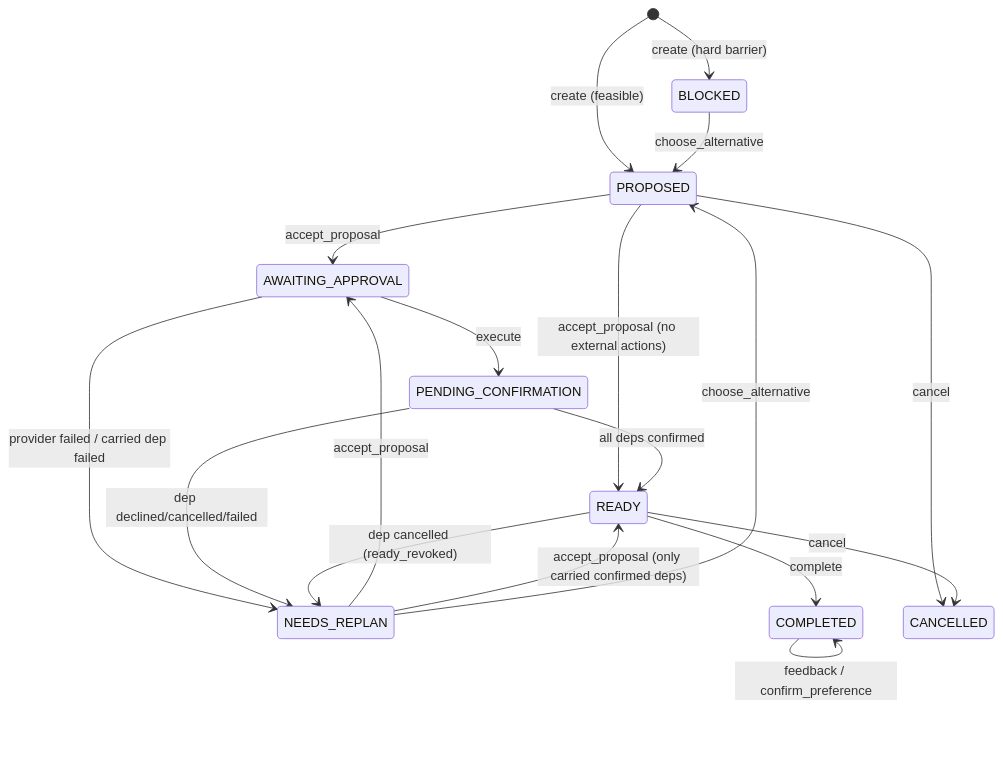
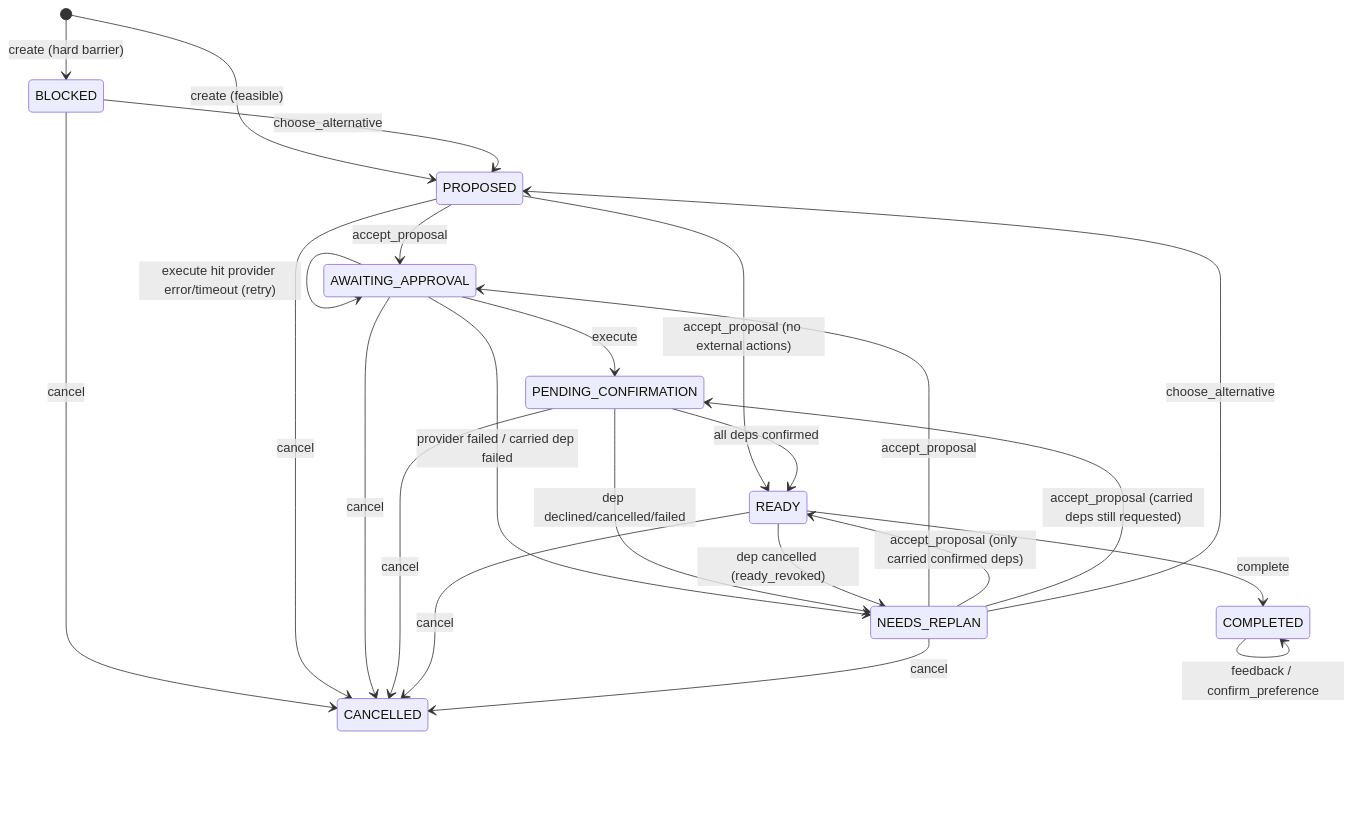
One commit to dude297/c0mpiled-hackathon changed the diagram in docs/daybridge/COORDINATION_CONTRACT.md. Above: the diagram before and after it, drawn with Mermaid. The commit also changed other lines of this file, not shown here.

````diff
--- a/docs/daybridge/COORDINATION_CONTRACT.md
+++ b/docs/daybridge/COORDINATION_CONTRACT.md
@@ -24,20 +24,26 @@
 ```mermaid
 stateDiagram-v2
   [*] --> PROPOSED: create (feasible)
   [*] --> BLOCKED: create (hard barrier)
   BLOCKED --> PROPOSED: choose_alternative
   PROPOSED --> AWAITING_APPROVAL: accept_proposal
   PROPOSED --> READY: accept_proposal (no external actions)
   AWAITING_APPROVAL --> PENDING_CONFIRMATION: execute
+  AWAITING_APPROVAL --> AWAITING_APPROVAL: execute hit provider error/timeout (retry)
   AWAITING_APPROVAL --> NEEDS_REPLAN: provider failed / carried dep failed
   PENDING_CONFIRMATION --> READY: all deps confirmed
   PENDING_CONFIRMATION --> NEEDS_REPLAN: dep declined/cancelled/failed
   READY --> NEEDS_REPLAN: dep cancelled (ready_revoked)
   NEEDS_REPLAN --> AWAITING_APPROVAL: accept_proposal
   NEEDS_REPLAN --> READY: accept_proposal (only carried confirmed deps)
+  NEEDS_REPLAN --> PENDING_CONFIRMATION: accept_proposal (carried deps still requested)
   NEEDS_REPLAN --> PROPOSED: choose_alternative
   READY --> COMPLETED: complete
   COMPLETED --> COMPLETED: feedback / confirm_preference
+  BLOCKED --> CANCELLED: cancel
   PROPOSED --> CANCELLED: cancel
+  AWAITING_APPROVAL --> CANCELLED: cancel
+  PENDING_CONFIRMATION --> CANCELLED: cancel
   READY --> CANCELLED: cancel
+  NEEDS_REPLAN --> CANCELLED: cancel
 ```
````
